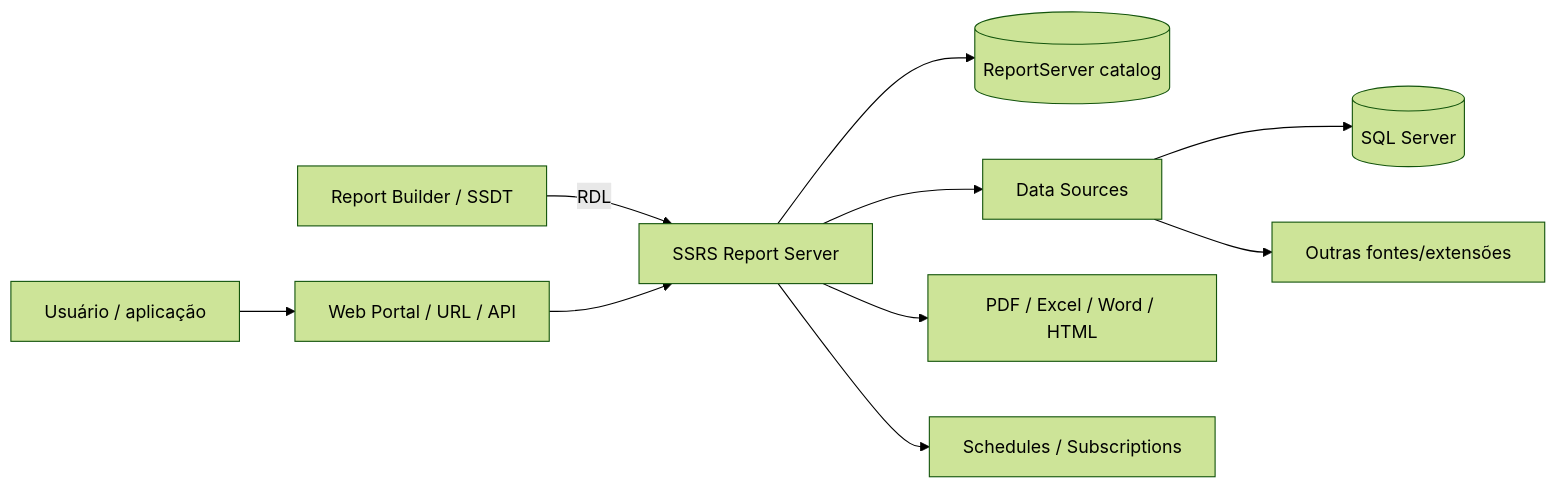
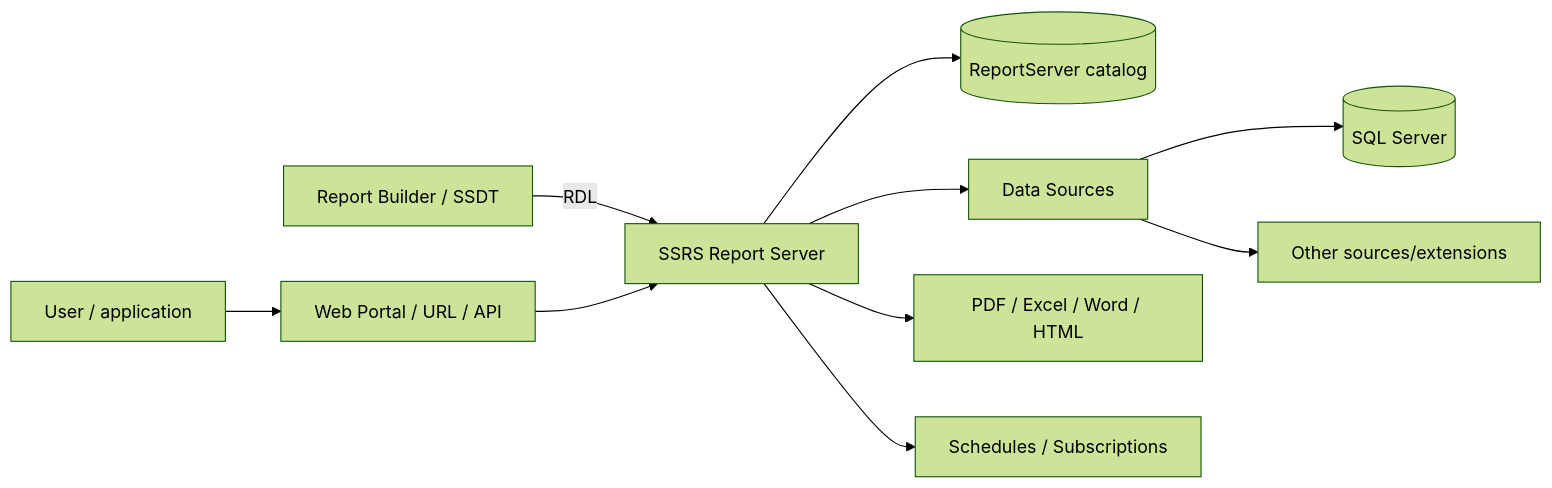
The first of 4 diagrams in docs/reporting/04-microsoft-ssrs.md (msekimoto/investran), drawn with Mermaid (forest theme) before and after one commit. The commit also changed other lines of this file and 105 other files, not shown here.

````diff
--- a/docs/reporting/04-microsoft-ssrs.md
+++ b/docs/reporting/04-microsoft-ssrs.md
@@ -29,12 +29,12 @@
 ```mermaid
 flowchart LR
     AUTHOR[Report Builder / SSDT] -->|RDL| SERVER[SSRS Report Server]
     SERVER --> CATALOG[(ReportServer catalog)]
     SERVER --> DS[Data Sources]
     DS --> SQL[(SQL Server)]
-    DS --> OTHER[Outras fontes/extensões]
-    USER[Usuário / aplicação] --> PORTAL[Web Portal / URL / API]
+    DS --> OTHER[Other sources/extensions]
+    USER[User / application] --> PORTAL[Web Portal / URL / API]
     PORTAL --> SERVER
     SERVER --> RENDER[PDF / Excel / Word / HTML]
     SERVER --> SUB[Schedules / Subscriptions]
 ```
````
